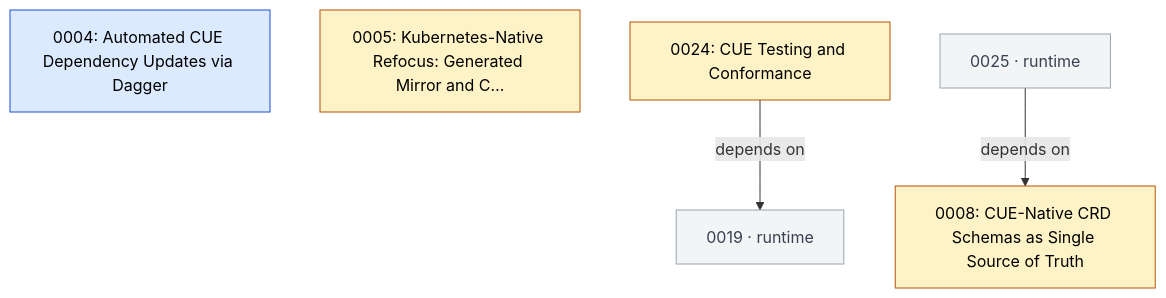
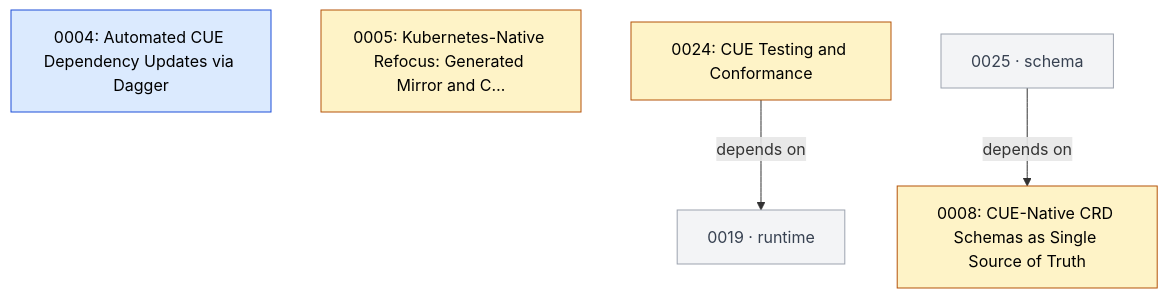
The fifth of 7 diagrams in GRAPH.md (open-platform-model/enhancements), drawn with Mermaid before and after one commit. The commit also changed other lines of this file and 17 other files, not shown here.

````diff
--- a/GRAPH.md
+++ b/GRAPH.md
@@ -169,21 +168,21 @@
 ```mermaid
 graph TD
   classDef draft       fill:#fef3c7,stroke:#b45309,color:#000
   classDef accepted    fill:#dbeafe,stroke:#1d4ed8,color:#000
   classDef rejected    fill:#fee2e2,stroke:#b91c1c,color:#7f1d1d,stroke-dasharray:4 2
   classDef superseded  fill:#e5e7eb,stroke:#6b7280,color:#6b7280
   classDef delivered   fill:#dcfce7,stroke:#15803d,color:#14532d
   classDef legacy      fill:#fafafa,stroke:#9ca3af,color:#6b7280,stroke-dasharray:3 3
   classDef stub        fill:#f3f4f6,stroke:#9ca3af,color:#374151
   classDef category    fill:#ede9fe,stroke:#6d28d9,color:#000
 
   N0004["0004: Automated CUE Dependency Updates via Dagger"]:::accepted
   N0005["0005: Kubernetes-Native Refocus: Generated Mirror and C…"]:::draft
   N0008["0008: CUE-Native CRD Schemas as Single Source of Truth"]:::draft
   N0024["0024: CUE Testing and Conformance"]:::draft
   N0019["0019 · runtime"]:::stub
-  N0025["0025 · runtime"]:::stub
+  N0025["0025 · schema"]:::stub
 
   N0024 -->|depends on| N0019
   N0025 -->|depends on| N0008
 ```
````
